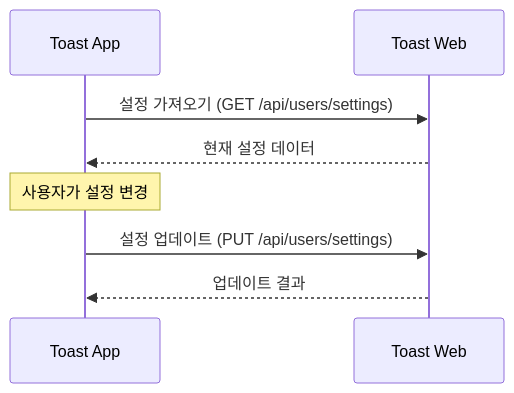
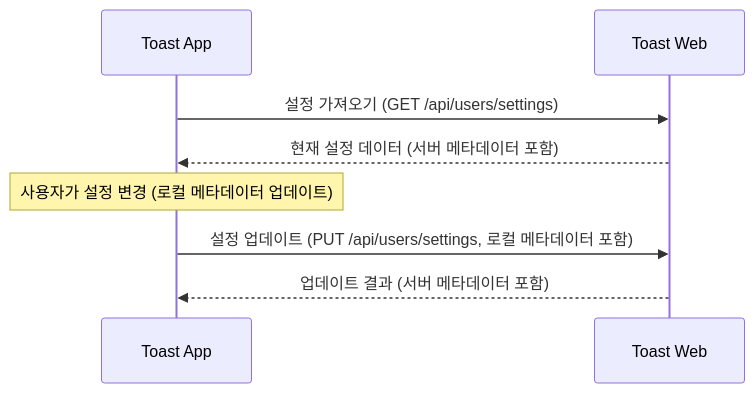
One commit to opspresso/toast-app changed the diagram in docs/CLOUD_SYNC.md. Above: the diagram before and after it, drawn with Mermaid. The commit also changed other lines of this file, not shown here.

Commit message:
Enhance CLOUD_SYNC.md documentation by improving clarity on synchronization processes, metadata management, and conflict resolution strategies, including detailed API response examples and updated implementation guidelines.

````diff
--- a/docs/CLOUD_SYNC.md
+++ b/docs/CLOUD_SYNC.md
@@ -24,10 +24,10 @@
 ```mermaid
 sequenceDiagram
     Toast App->>Toast Web: 설정 가져오기 (GET /api/users/settings)
-    Toast Web-->>Toast App: 현재 설정 데이터
+    Toast Web-->>Toast App: 현재 설정 데이터 (서버 메타데이터 포함)
 
-    Note over Toast App: 사용자가 설정 변경
+    Note over Toast App: 사용자가 설정 변경 (로컬 메타데이터 업데이트)
 
-    Toast App->>Toast Web: 설정 업데이트 (PUT /api/users/settings)
-    Toast Web-->>Toast App: 업데이트 결과
+    Toast App->>Toast Web: 설정 업데이트 (PUT /api/users/settings, 로컬 메타데이터 포함)
+    Toast Web-->>Toast App: 업데이트 결과 (서버 메타데이터 포함)
 ```
````
